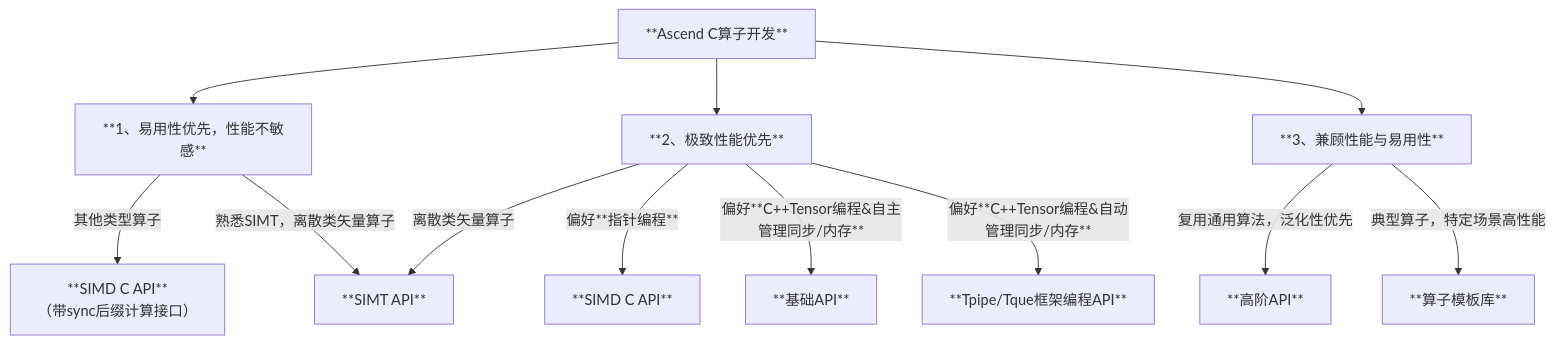
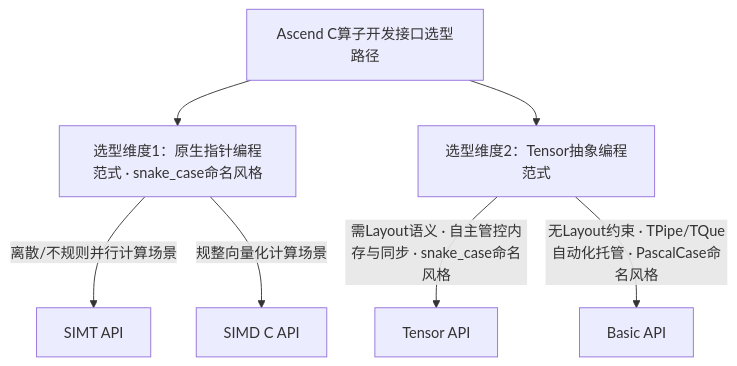
One commit to qingshangyan12/asc-devkit_clone changed the diagram in docs/zh/asc_how_to_choose_api.md. Above: the diagram before and after it, drawn with Mermaid. The commit also changed other lines of this file and 3 other files, not shown here.

````diff
--- a/docs/zh/asc_how_to_choose_api.md
+++ b/docs/zh/asc_how_to_choose_api.md
@@ -41,15 +43,9 @@
 ```mermaid
 graph TD
-    A[**Ascend C算子开发**] --> B[**1、易用性优先，性能不敏感**]
-    A --> C[**2、极致性能优先**]
-    A --> D[**3、兼顾性能与易用性**]
-    B -->|其他类型算子| E[**SIMD C API**<br>（带sync后缀计算接口）]
-    B -->|熟悉SIMT，离散类矢量算子| F[**SIMT API**]
-    C -->|离散类矢量算子| F
-    C -->|偏好**指针编程**| P[**SIMD C API**]
-    C -->|偏好**C++Tensor编程&自主管理同步/内存**| I[**基础API**]
-    C -->|偏好**C++Tensor编程&自动管理同步/内存**| J[**Tpipe/Tque框架编程API**]
-
-    D -->|复用通用算法，泛化性优先| K[**高阶API**]
-    D -->|典型算子，特定场景高性能| L[**算子模板库**]
+    A[Ascend C算子开发接口选型路径] --> B[选型维度1：原生指针编程范式 · snake_case命名风格]
+    A --> C[选型维度2：Tensor抽象编程范式]
+    B -->|离散/不规则并行计算场景| D[SIMT API]
+    B -->|规整向量化计算场景| E[SIMD C API]
+    C -->|需Layout语义 · 自主管控内存与同步 · snake_case命名风格| F[Tensor API]
+    C -->|无Layout约束 · TPipe/TQue自动化托管 · PascalCase命名风格| G[Basic API]
 ```
````
